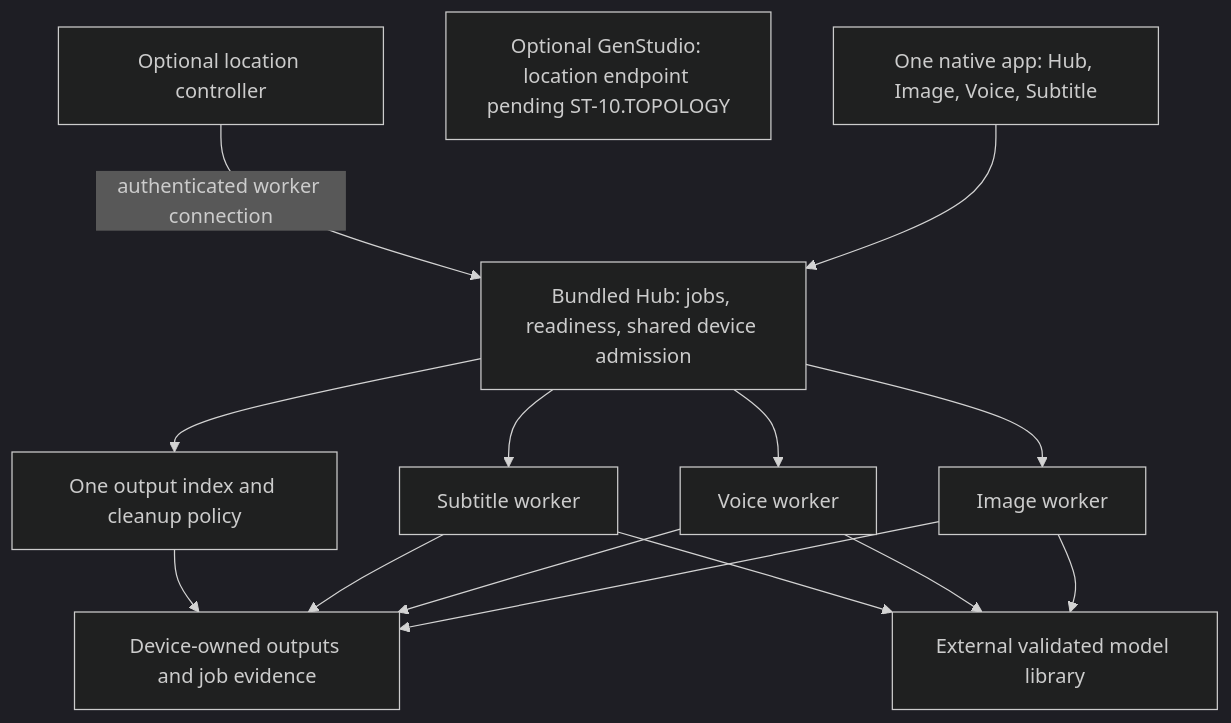
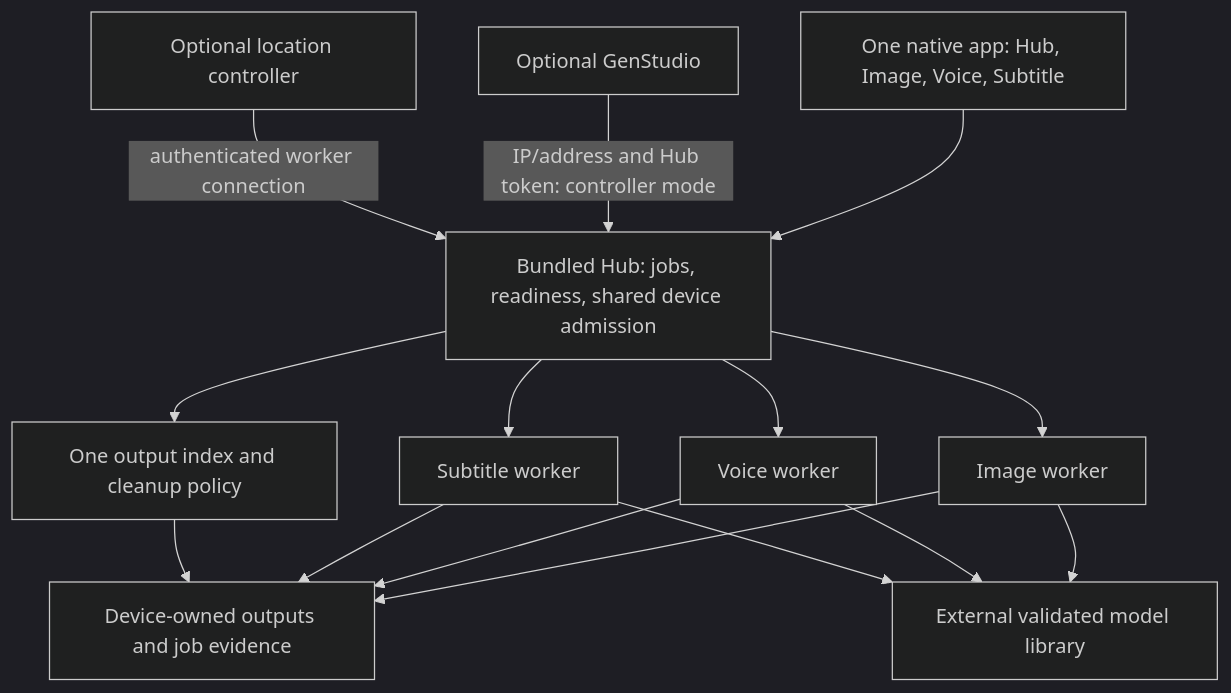
The first of 2 diagrams in docs/standalone-plan.md (theng12/hub-studio-kh), drawn with Mermaid (dark theme) before and after one commit. The commit also changed other lines of this file and 221 other files, not shown here.

```diff
--- a/docs/standalone-plan.md
+++ b/docs/standalone-plan.md
@@ -63,17 +63,17 @@
 ~~~mermaid
 flowchart TD
     UI[One native app: Hub, Image, Voice, Subtitle] --> H[Bundled Hub: jobs, readiness, shared device admission]
-    G[Optional GenStudio: location endpoint pending ST-10.TOPOLOGY]
+    G[Optional GenStudio] -->|IP/address and Hub token: controller mode| H
     C[Optional location controller] -->|authenticated worker connection| H
     H --> I[Image worker]
     H --> V[Voice worker]
     H --> S[Subtitle worker]
     I --> O[Device-owned outputs and job evidence]
     V --> O
     S --> O
     H --> R[One output index and cleanup policy]
     R --> O
     I --> M[External validated model library]
     V --> M
     S --> M
 ~~~
```
